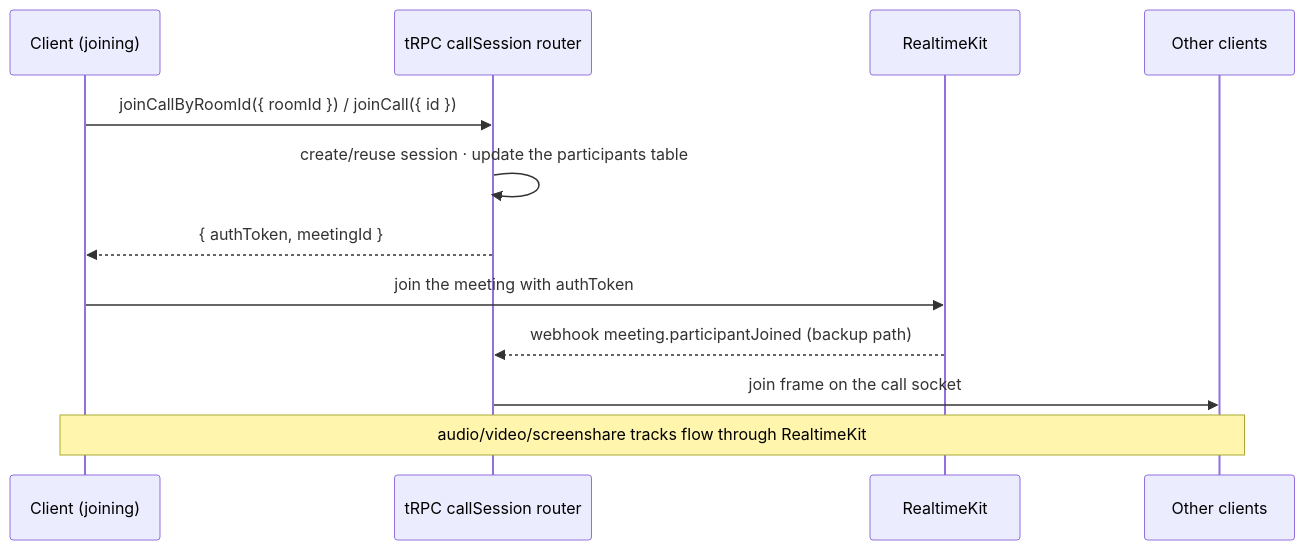
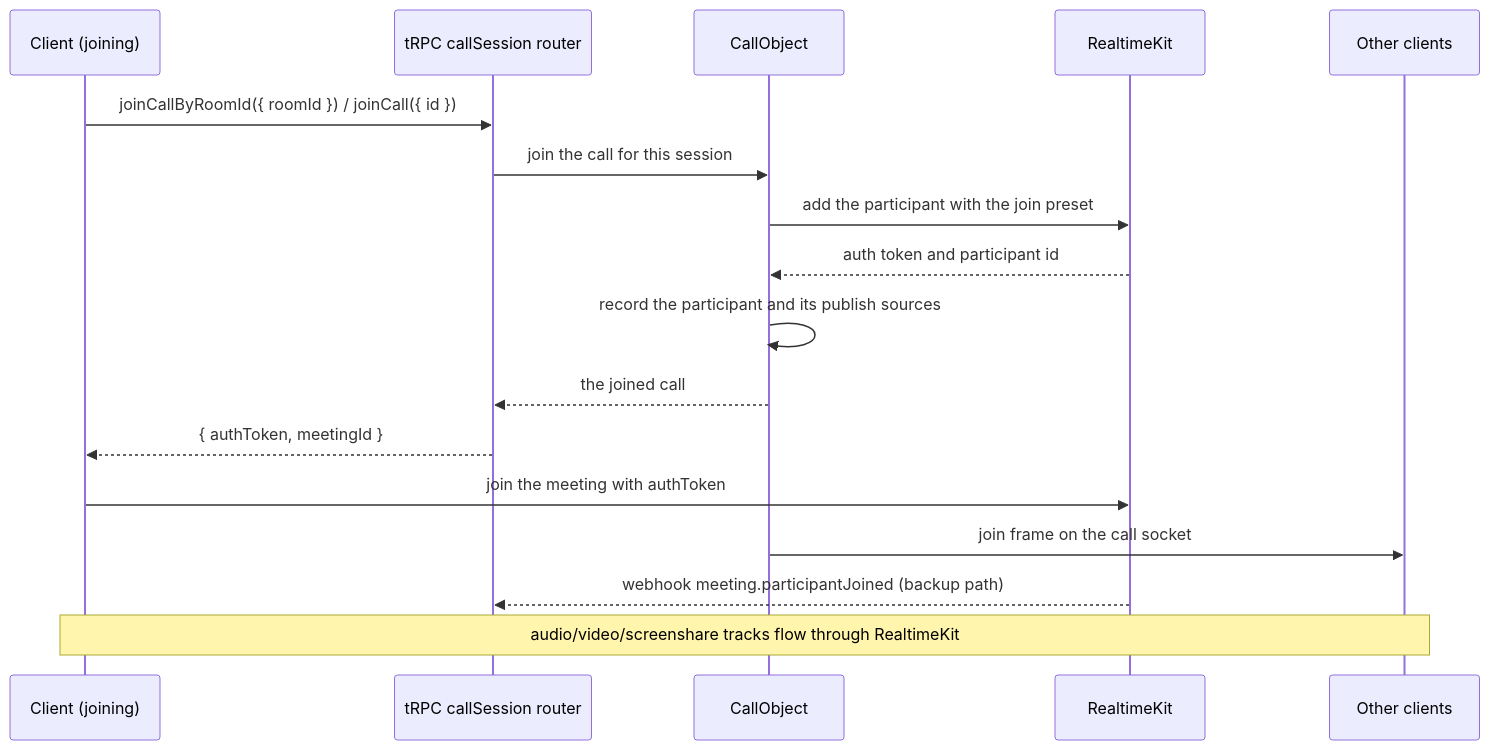
Before and after one commit to Esposter/Esposter: the first of 3 diagrams in openspec/specs/esbabbler/calls/README.md, drawn with Mermaid. The commit also changed other lines of this file and 5 other files, not shown here.

````diff
--- a/openspec/specs/esbabbler/calls/README.md
+++ b/openspec/specs/esbabbler/calls/README.md
@@ -33,15 +33,20 @@
 ```mermaid
 sequenceDiagram
     participant A as Client (joining)
     participant T as tRPC callSession router
+    participant O as CallObject
     participant RTK as RealtimeKit
     participant B as Other clients
 
     A->>T: joinCallByRoomId({ roomId }) / joinCall({ id })
-    T->>T: create/reuse session · update the participants table
+    T->>O: join the call for this session
+    O->>RTK: add the participant with the join preset
+    RTK-->>O: auth token and participant id
+    O->>O: record the participant and its publish sources
+    O-->>T: the joined call
     T-->>A: { authToken, meetingId }
     A->>RTK: join the meeting with authToken
+    O->>B: join frame on the call socket
     RTK-->>T: webhook meeting.participantJoined (backup path)
-    T->>B: join frame on the call socket
     Note over A,B: audio/video/screenshare tracks flow through RealtimeKit
 ```
````
